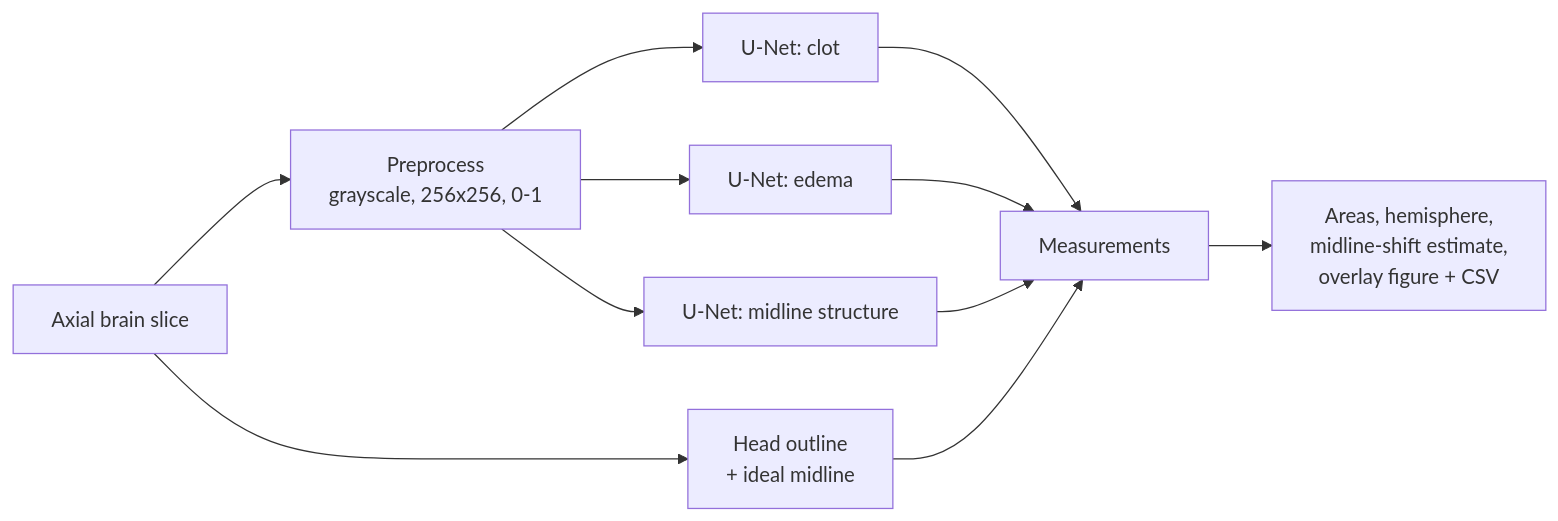
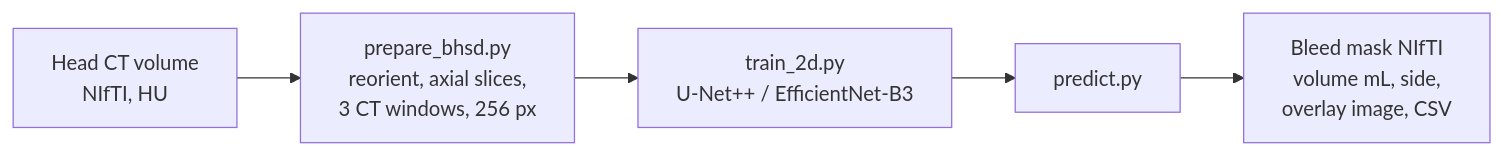
Before and after one commit to ChanduVenkatSaiNarne/Brain-Clot-Edema-midlineshift: the diagram in README.md, drawn with Mermaid. The commit also changed other lines of this file and 9 other files, not shown here.

First line of the commit message:
2D branch: PyTorch clot segmentation on BHSD head CT, runnable on a Colab T4

````diff
--- a/README.md
+++ b/README.md
@@ -14,13 +38,7 @@
 ```mermaid
 flowchart LR
-    A[Axial brain slice] --> B[Preprocess<br/>grayscale, 256x256, 0-1]
-    B --> C1[U-Net: clot]
-    B --> C2[U-Net: edema]
-    B --> C3[U-Net: midline structure]
-    A --> H[Head outline<br/>+ ideal midline]
-    C1 --> M[Measurements]
-    C2 --> M
-    C3 --> M
-    H --> M
-    M --> O[Areas, hemisphere,<br/>midline-shift estimate,<br/>overlay figure + CSV]
+    A[Head CT volume<br/>NIfTI, HU] --> B[prepare_bhsd.py<br/>reorient, axial slices,<br/>3 CT windows, 256 px]
+    B --> C[train_2d.py<br/>U-Net++ / EfficientNet-B3]
+    C --> D[predict.py]
+    D --> E[Bleed mask NIfTI<br/>volume mL, side,<br/>overlay image, CSV]
 ```
````
